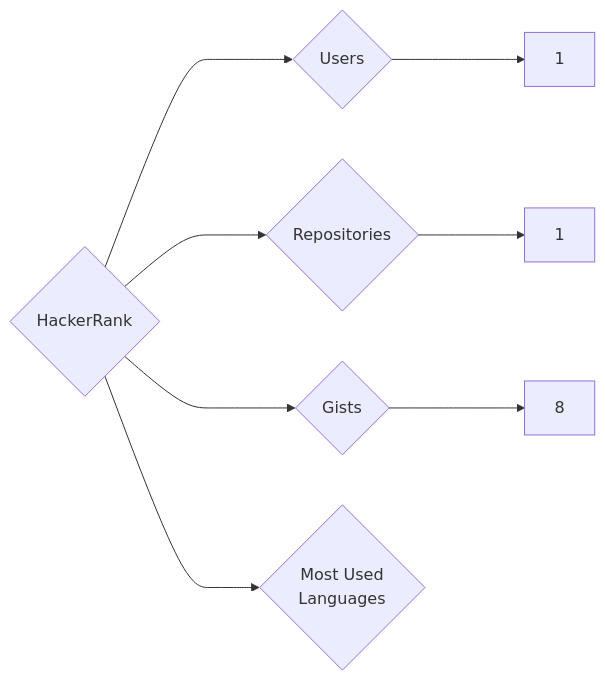
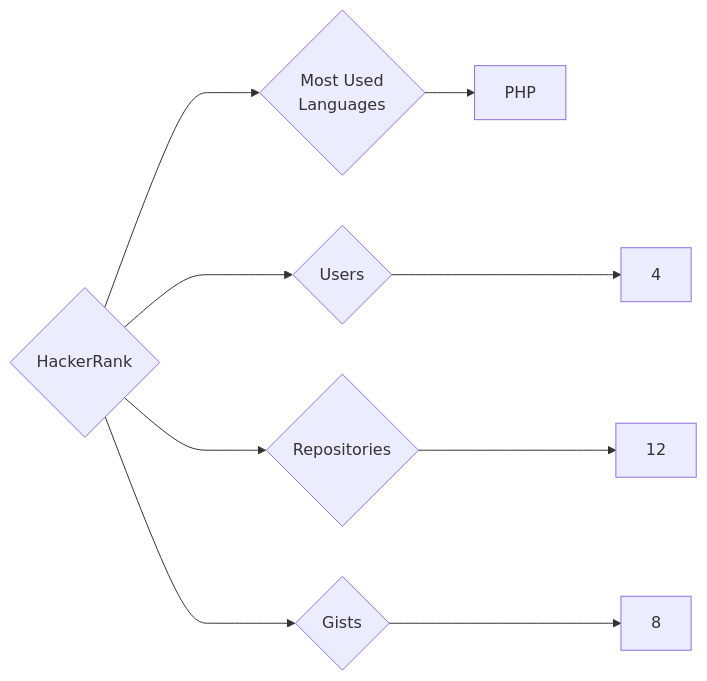
One commit to trickest/insiders changed the diagram in targets/HackerRank/README.md. Above: the diagram before and after it, drawn with Mermaid. The commit also changed 582 other files, not shown here.

````diff
--- a/targets/HackerRank/README.md
+++ b/targets/HackerRank/README.md
@@ -3,8 +3,9 @@
 ```mermaid
 graph LR
 COMPANY_NAME{HackerRank}
-COMPANY_NAME ---> U{Users} ---> UN[1]
-COMPANY_NAME ---> R{Repositories} ---> RN[1]
+COMPANY_NAME ---> U{Users} ---> UN[4]
+COMPANY_NAME ---> R{Repositories} ---> RN[12]
 COMPANY_NAME ---> G{Gists} ---> GN[8]
 COMPANY_NAME ---> ML{Most Used<br>Languages}
+ML --> PHP[PHP]
 ```
````
